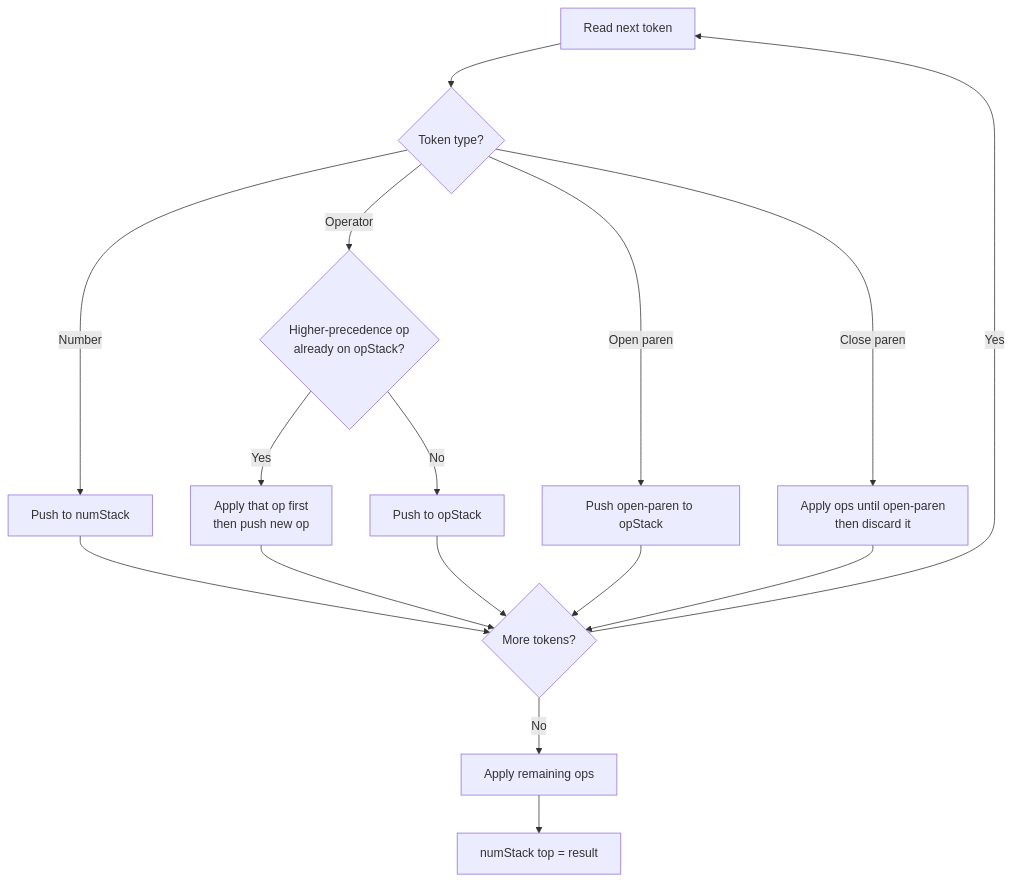
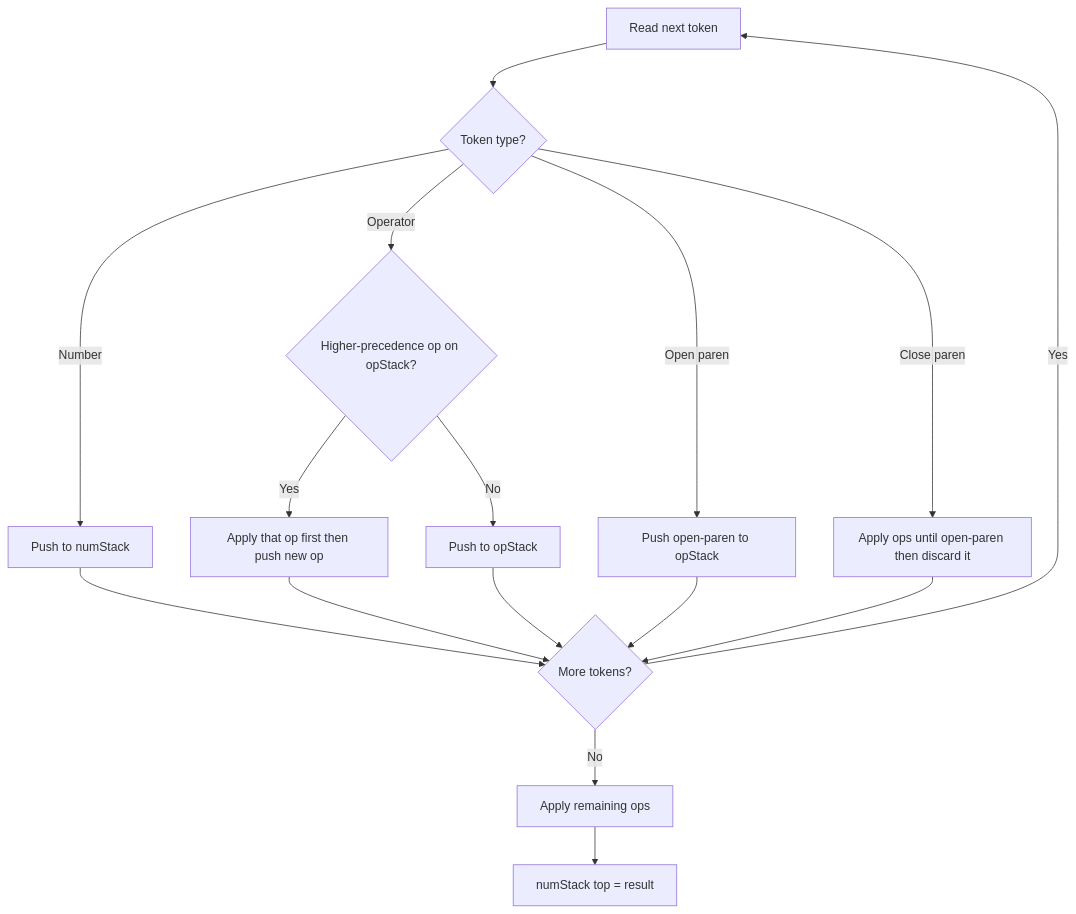
One commit to dericjojo-codecraft/cc-7-deric changed the third of 6 diagrams in README.md. Above: the diagram before and after it, drawn with Mermaid. The commit also changed other lines of this file, not shown here.

````diff
--- a/README.md
+++ b/README.md
@@ -178,14 +183,18 @@
 ```mermaid
 flowchart TD
   A[Read next token] --> B{Token type?}
   B -->|Number| C[Push to numStack]
-  B -->|Operator| D{Higher-precedence op\nalready on opStack?}
-  D -->|Yes| E[Apply that op first\nthen push new op]
+  B -->|Operator| D{Higher-precedence op on opStack?}
+  D -->|Yes| E[Apply that op first then push new op]
   D -->|No| F[Push to opStack]
   B -->|Open paren| G[Push open-paren to opStack]
-  B -->|Close paren| H[Apply ops until open-paren\nthen discard it]
-  C & E & F & G & H --> J{More tokens?}
+  B -->|Close paren| H[Apply ops until open-paren then discard it]
+  C --> J{More tokens?}
+  E --> J
+  F --> J
+  G --> J
+  H --> J
   J -->|Yes| A
   J -->|No| K[Apply remaining ops]
   K --> L[numStack top = result]
 ```
````
